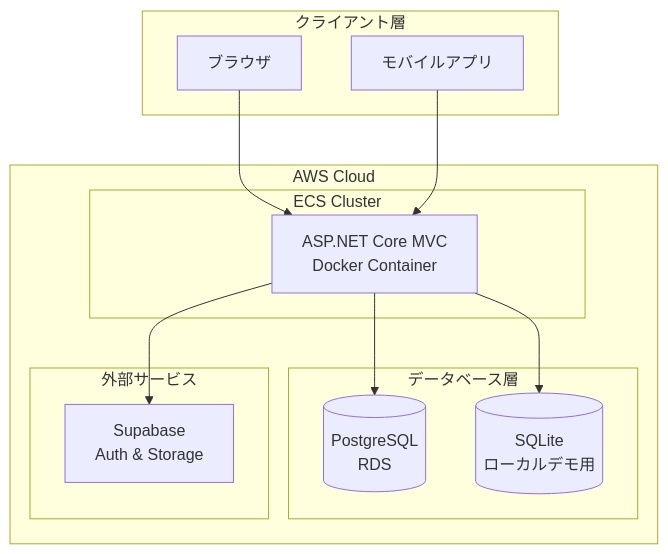
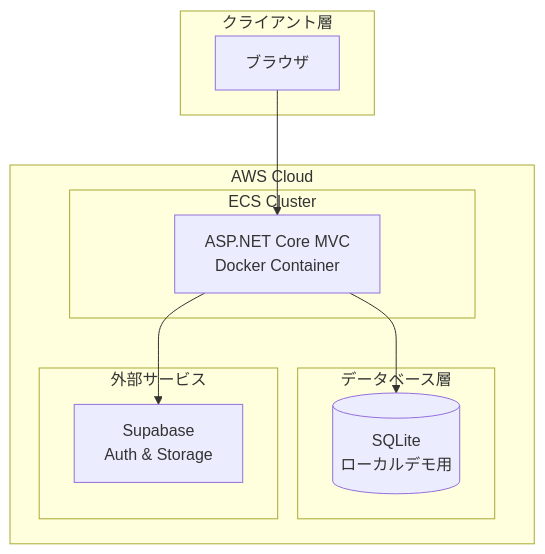
One commit to RYA234/dotnet_container changed the first of 6 diagrams in .github/docs/common-design/architecture.md. Above: the diagram before and after it, drawn with Mermaid. The commit also changed other lines of this file, not shown here.

First line of the commit message:
Fix architecture.md based on Issue #27 review (#44)

````diff
--- a/.github/docs/common-design/architecture.md
+++ b/.github/docs/common-design/architecture.md
@@ -15,28 +22,24 @@
 ```mermaid
 graph TB
     subgraph "クライアント層"
         Browser[ブラウザ]
-        MobileApp[モバイルアプリ]
     end
 
     subgraph "AWS Cloud"
         subgraph "ECS Cluster"
             WebApp[ASP.NET Core MVC<br/>Docker Container]
         end
 
         subgraph "データベース層"
-            RDS[(PostgreSQL<br/>RDS)]
             SQLite[(SQLite<br/>ローカルデモ用)]
         end
 
         subgraph "外部サービス"
             Supabase[Supabase<br/>Auth & Storage]
         end
     end
 
     Browser --> WebApp
-    MobileApp --> WebApp
-    WebApp --> RDS
     WebApp --> SQLite
     WebApp --> Supabase
 ```
````
